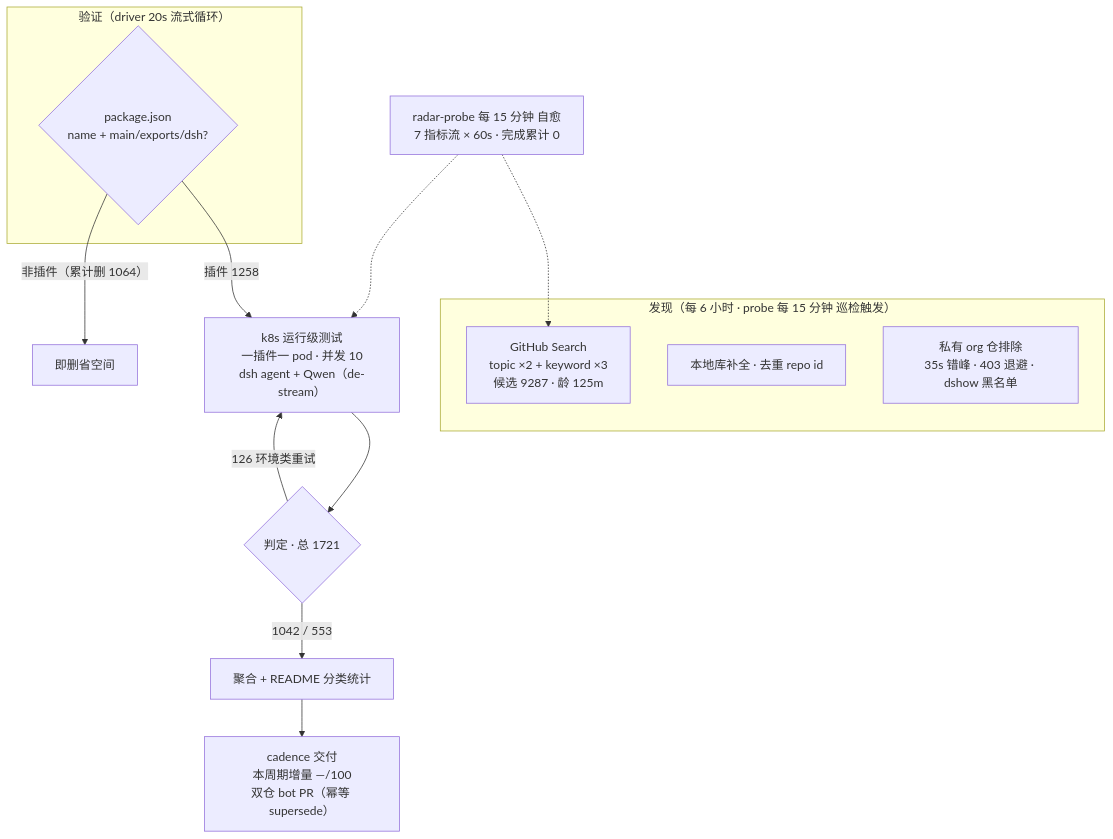
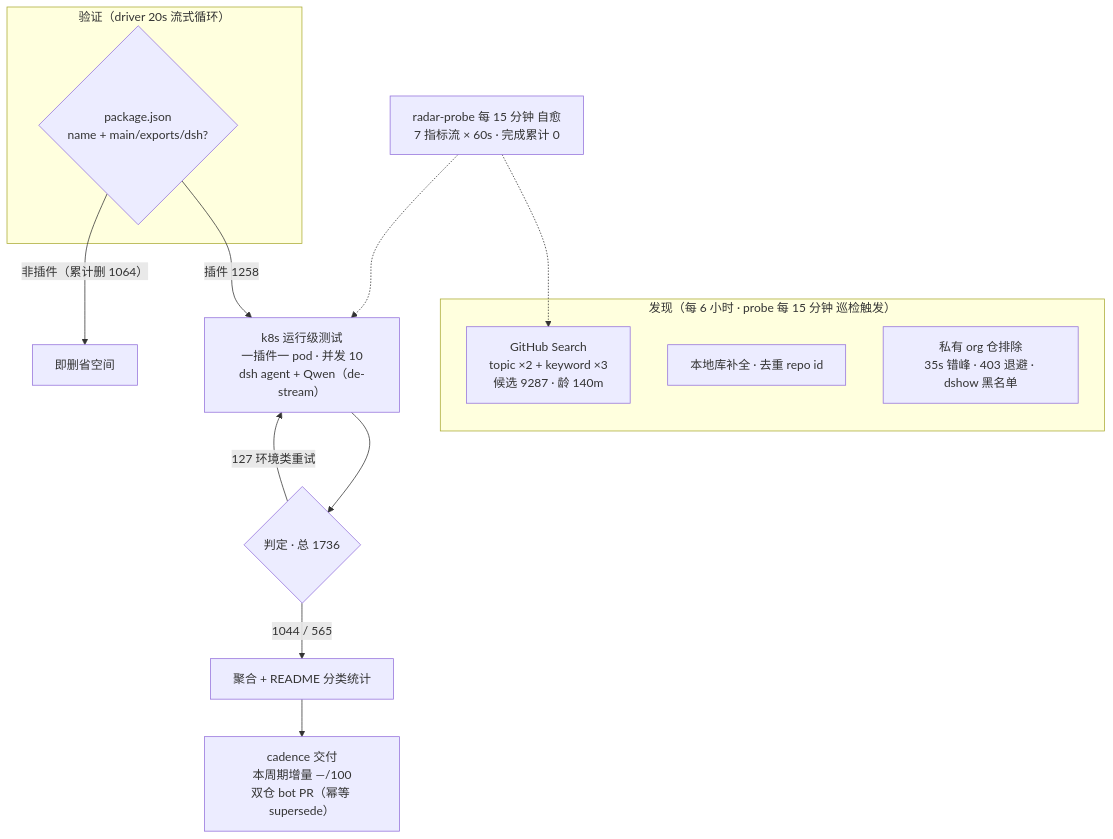
Before and after one commit to Zhidao-Lab-OSS/awesome-dsh-plugins: the diagram in README.md, drawn with Mermaid. The commit also changed other lines of this file and 1 other file, not shown here.

````diff
--- a/README.md
+++ b/README.md
@@ -37,19 +37,19 @@
 ```mermaid
 flowchart TB
     subgraph Discovery[" 发现（每 6 小时 · probe 每 15 分钟 巡检触发）"]
-        A1["GitHub Search<br/>topic ×2 + keyword ×3<br/>候选 9287 · 龄 125m"]
+        A1["GitHub Search<br/>topic ×2 + keyword ×3<br/>候选 9287 · 龄 140m"]
         A2["本地库补全 · 去重 repo id"]
         A3[" 私有 org 仓排除<br/>35s 错峰 · 403 退避 · dshow 黑名单"]
     end
     subgraph Validation[" 验证（driver 20s 流式循环）"]
         B1{"package.json<br/>name + main/exports/dsh?"}
     end
     B1 -->|"插件 1258"| C1["k8s 运行级测试<br/>一插件一 pod · 并发 10<br/>dsh agent + Qwen（de-stream）"]
     B1 -->|"非插件（累计删 1064）"| B3[" 即删省空间"]
-    C1 --> D1{"判定 · 总 1721"}
-    D1 -->|" 1042 /  553"| E1["聚合 + README 分类统计"]
-    D1 -->|" 126 环境类重试"| C1
+    C1 --> D1{"判定 · 总 1736"}
+    D1 -->|" 1044 /  565"| E1["聚合 + README 分类统计"]
+    D1 -->|" 127 环境类重试"| C1
     E1 --> E2["cadence 交付<br/>本周期增量 —/100<br/>双仓 bot PR（幂等 supersede）"]
     M[" radar-probe 每 15 分钟 自愈<br/>7 指标流 × 60s · 完成累计 0"] -.-> A1
     M -.-> C1
 ```
````
